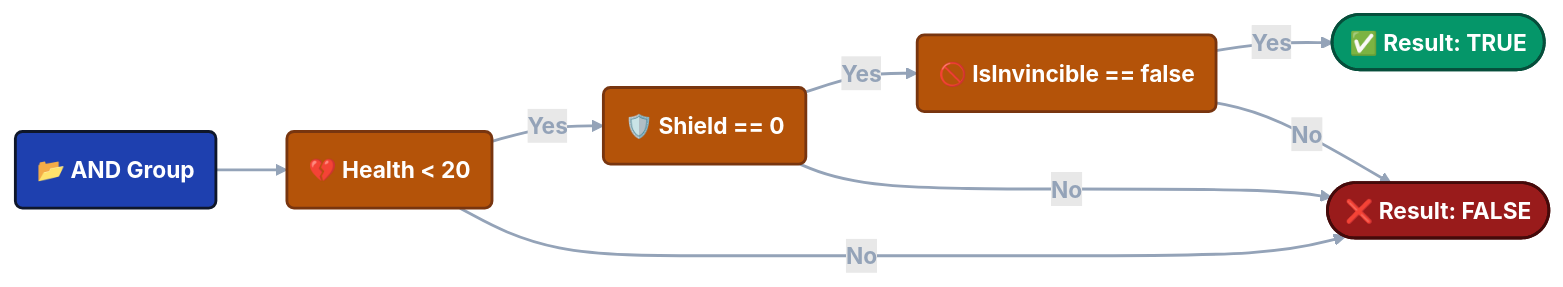
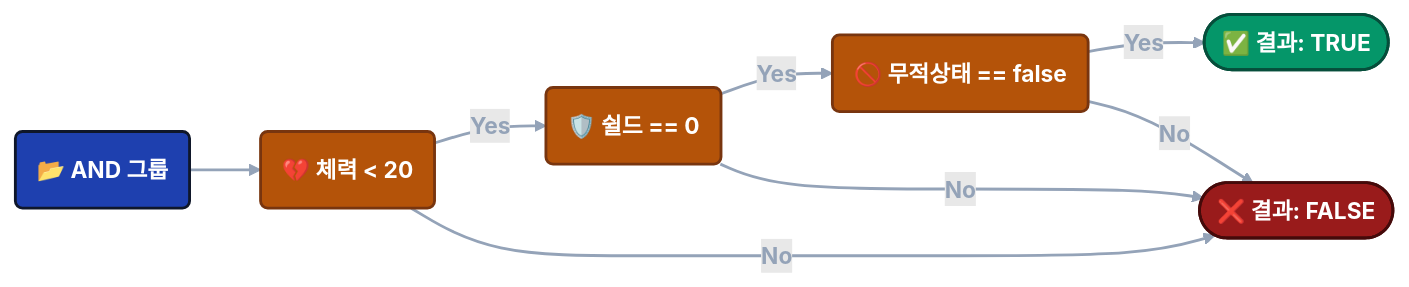
The fourth of 5 diagrams in i18n/ko/docusaurus-plugin-content-docs/current/game-event-system/visual-workflow/visual-condition-tree.md (tinygiants-tech/TinyGiants), drawn with Mermaid (forest theme) before and after one commit. The commit also changed other lines of this file and 81 other files, not shown here.

````diff
--- a/i18n/ko/docusaurus-plugin-content-docs/current/game-event-system/visual-workflow/visual-condition-tree.md
+++ b/i18n/ko/docusaurus-plugin-content-docs/current/game-event-system/visual-workflow/visual-condition-tree.md
@@ -799,29 +798,29 @@
 ```mermaid
 graph LR
 
-    A(📂 AND Group):::root
+    A(📂 AND 그룹):::root
     
-    C1(💔 Health < 20):::cond
-    C2(🛡️ Shield == 0):::cond
-    C3(🚫 IsInvincible == false):::cond
+    C1(💔 체력 < 20):::cond
+    C2(🛡️ 쉴드 == 0):::cond
+    C3(🚫 무적상태 == false):::cond
     
-    R([✅ Result: TRUE]):::success
-    F([❌ Result: FALSE]):::fail
+    R([✅ 결과: TRUE]):::success
+    F([❌ 결과: FALSE]):::fail
 
     A --> C1
     
     C1 -- Yes --> C2
     C2 -- Yes --> C3
     C3 -- Yes --> R
 
     C1 -- No --> F
     C2 -- No --> F
     C3 -- No --> F
 
     classDef root fill:#1e40af,stroke:#0f172a,stroke-width:2px,color:#ffffff,font-weight:bold
     classDef cond fill:#b45309,stroke:#78350f,stroke-width:2px,color:#ffffff,font-weight:bold
     classDef success fill:#059669,stroke:#064e3b,stroke-width:2px,color:#ffffff,font-weight:bold
     classDef fail fill:#991b1b,stroke:#450a0a,stroke-width:2px,color:#ffffff,font-weight:bold
 
     linkStyle default stroke:#94a3b8,stroke-width:2px,color:#94a3b8
 ```
````
